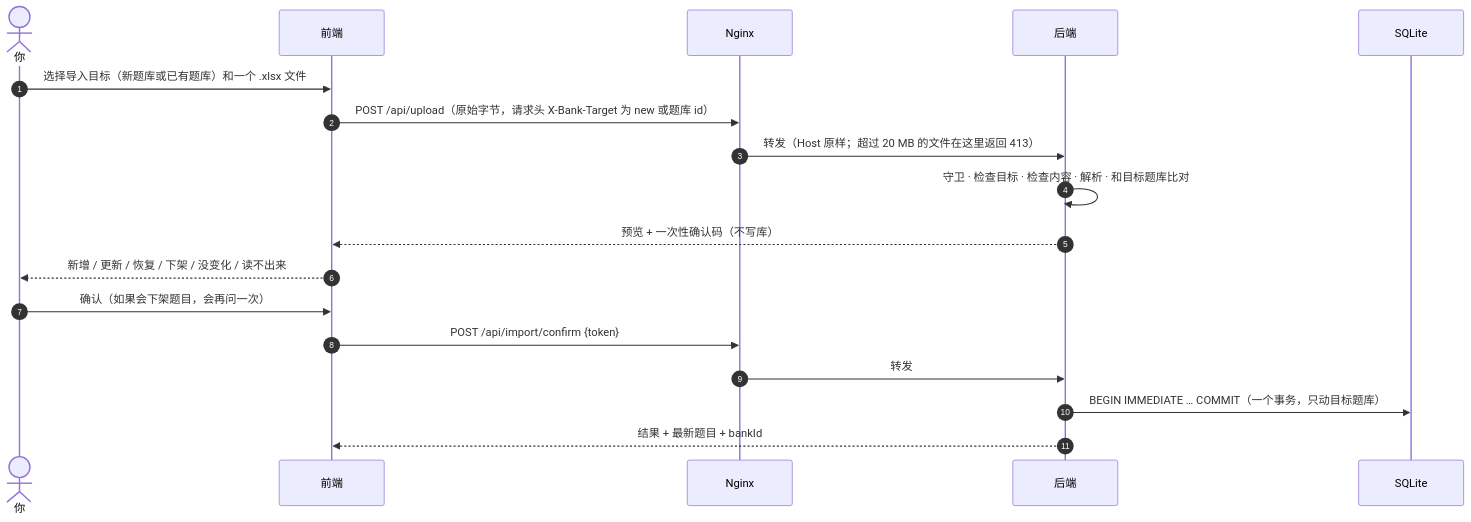
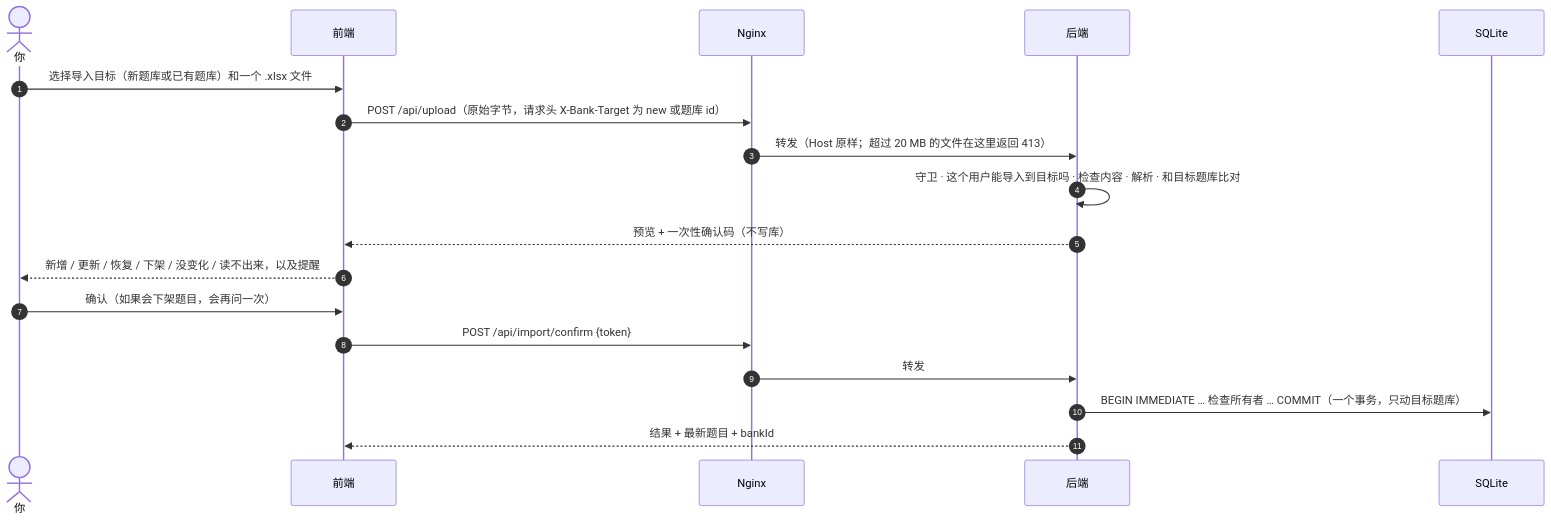
One commit to Yumin-Space/xexam changed the third of 7 diagrams in README/README.zh-CN.md. Above: the diagram before and after it, drawn with Mermaid. The commit also changed other lines of this file and 295 other files, not shown here.

````diff
--- a/README/README.zh-CN.md
+++ b/README/README.zh-CN.md
@@ -689,20 +936,20 @@
 ```mermaid
 sequenceDiagram
     autonumber
     actor Y as 你
     participant F as 前端
     participant N as Nginx
     participant B as 后端
     participant D as SQLite
     Y->>F: 选择导入目标（新题库或已有题库）和一个 .xlsx 文件
     F->>N: POST /api/upload（原始字节，请求头 X-Bank-Target 为 new 或题库 id）
     N->>B: 转发（Host 原样；超过 20 MB 的文件在这里返回 413）
-    B->>B: 守卫 · 检查目标 · 检查内容 · 解析 · 和目标题库比对
+    B->>B: 守卫 · 这个用户能导入到目标吗 · 检查内容 · 解析 · 和目标题库比对
     B-->>F: 预览 + 一次性确认码（不写库）
-    F-->>Y: 新增 / 更新 / 恢复 / 下架 / 没变化 / 读不出来
+    F-->>Y: 新增 / 更新 / 恢复 / 下架 / 没变化 / 读不出来，以及提醒
     Y->>F: 确认（如果会下架题目，会再问一次）
     F->>N: POST /api/import/confirm {token}
     N->>B: 转发
-    B->>D: BEGIN IMMEDIATE … COMMIT（一个事务，只动目标题库）
+    B->>D: BEGIN IMMEDIATE … 检查所有者 … COMMIT（一个事务，只动目标题库）
     B-->>F: 结果 + 最新题目 + bankId
 ```
````
